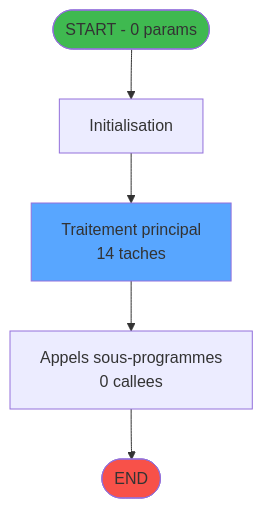
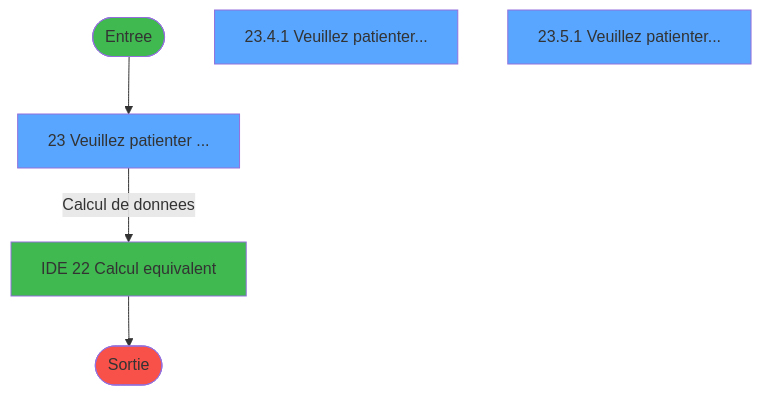
The first of 4 diagrams in .openspec/specs/ADH-IDE-23.md (thonyAGP/magic-migration), drawn with Mermaid before and after one commit. The commit also changed other lines of this file and 253 other files, not shown here.

````diff
--- a/.openspec/specs/ADH-IDE-23.md
+++ b/.openspec/specs/ADH-IDE-23.md
@@ -89,14 +473,18 @@
 ```mermaid
 flowchart TD
-    START([START - 0 params])
-    INIT["Initialisation"]
-    PROCESS["Traitement principal<br/>14 taches"]
-    CALLS["Appels sous-programmes<br/>0 callees"]
-    ENDOK([END])
-
-    START --> INIT --> PROCESS --> CALLS --> ENDOK
-
+    START([Entree])
     style START fill:#3fb950
-    style ENDOK fill:#f85149
-    style PROCESS fill:#58a6ff
+    VF1[23 Veuillez patienter ...]
+    style VF1 fill:#58a6ff
+    VF11[23.4.1 Veuillez patienter...]
+    style VF11 fill:#58a6ff
+    VF13[23.5.1 Veuillez patienter...]
+    style VF13 fill:#58a6ff
+    EXT22[IDE 22 Calcul equivalent]
+    style EXT22 fill:#3fb950
+    FIN([Sortie])
+    style FIN fill:#f85149
+    START --> VF1
+    VF1 -->|Calcul de donnees| EXT22
+    EXT22 --> FIN
 ```
````
